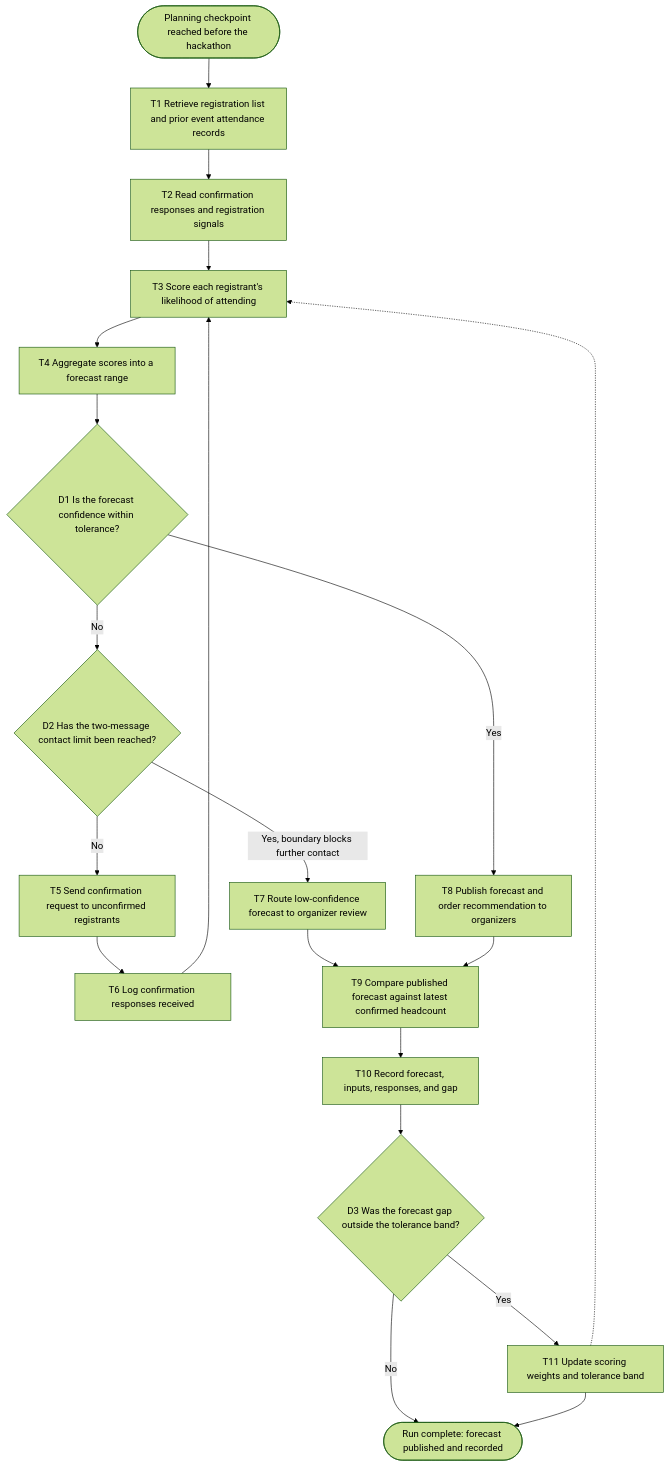
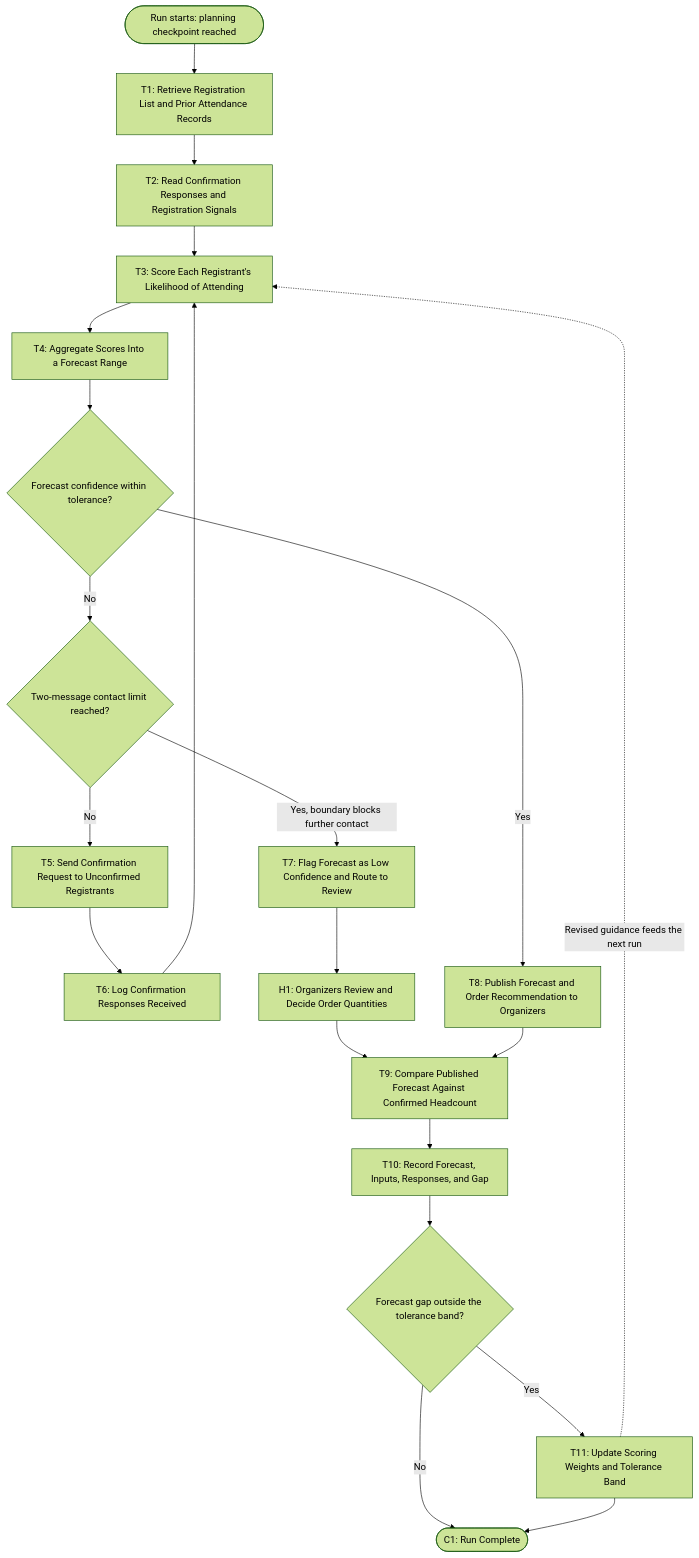
The diagram in my_first_agent/agent/workflow-of-tasks.md (Aidan-S-1/BUS4498_InClass_Builds), drawn with Mermaid (forest theme) before and after one commit.

Commit message:
Refine workflow diagram for task clarity
Updated workflow diagram with clearer task descriptions and flow.

````diff
--- a/my_first_agent/agent/workflow-of-tasks.md
+++ b/my_first_agent/agent/workflow-of-tasks.md
@@ -23,22 +23,23 @@
 ```mermaid
 flowchart TD
-    S(["Planning checkpoint reached before the hackathon"]) --> T1
-    T1["T1 Retrieve registration list and prior event attendance records"] --> T2["T2 Read confirmation responses and registration signals"]
-    T2 --> T3["T3 Score each registrant's likelihood of attending"]
-    T3 --> T4["T4 Aggregate scores into a forecast range"]
-    T4 --> D1{"D1 Is the forecast confidence within tolerance?"}
-    D1 -- "No" --> D2{"D2 Has the two-message contact limit been reached?"}
-    D2 -- "No" --> T5["T5 Send confirmation request to unconfirmed registrants"]
-    T5 --> T6["T6 Log confirmation responses received"]
+    S0([Run starts: planning checkpoint reached]) --> T1["T1: Retrieve Registration List and Prior Attendance Records"]
+    T1 --> T2["T2: Read Confirmation Responses and Registration Signals"]
+    T2 --> T3["T3: Score Each Registrant's Likelihood of Attending"]
+    T3 --> T4["T4: Aggregate Scores Into a Forecast Range"]
+    T4 --> D1{"Forecast confidence within tolerance?"}
+    D1 -->|No| D2{"Two-message contact limit reached?"}
+    D2 -->|No| T5["T5: Send Confirmation Request to Unconfirmed Registrants"]
+    T5 --> T6["T6: Log Confirmation Responses Received"]
     T6 --> T3
-    D2 -- "Yes, boundary blocks further contact" --> T7["T7 Route low-confidence forecast to organizer review"]
-    D1 -- "Yes" --> T8["T8 Publish forecast and order recommendation to organizers"]
-    T7 --> T9["T9 Compare published forecast against latest confirmed headcount"]
+    D2 -->|Yes, boundary blocks further contact| T7["T7: Flag Forecast as Low Confidence and Route to Review"]
+    T7 --> H1["H1: Organizers Review and Decide Order Quantities"]
+    D1 -->|Yes| T8["T8: Publish Forecast and Order Recommendation to Organizers"]
+    H1 --> T9["T9: Compare Published Forecast Against Confirmed Headcount"]
     T8 --> T9
-    T9 --> T10["T10 Record forecast, inputs, responses, and gap"]
-    T10 --> D3{"D3 Was the forecast gap outside the tolerance band?"}
-    D3 -- "No" --> E(["Run complete: forecast published and recorded"])
-    D3 -- "Yes" --> T11["T11 Update scoring weights and tolerance band"]
-    T11 --> E
-    T11 -.-> T3
+    T9 --> T10["T10: Record Forecast, Inputs, Responses, and Gap"]
+    T10 --> D3{"Forecast gap outside the tolerance band?"}
+    D3 -->|No| C1([C1: Run Complete])
+    D3 -->|Yes| T11["T11: Update Scoring Weights and Tolerance Band"]
+    T11 --> C1
+    T11 -. Revised guidance feeds the next run .-> T3
 ```
````
